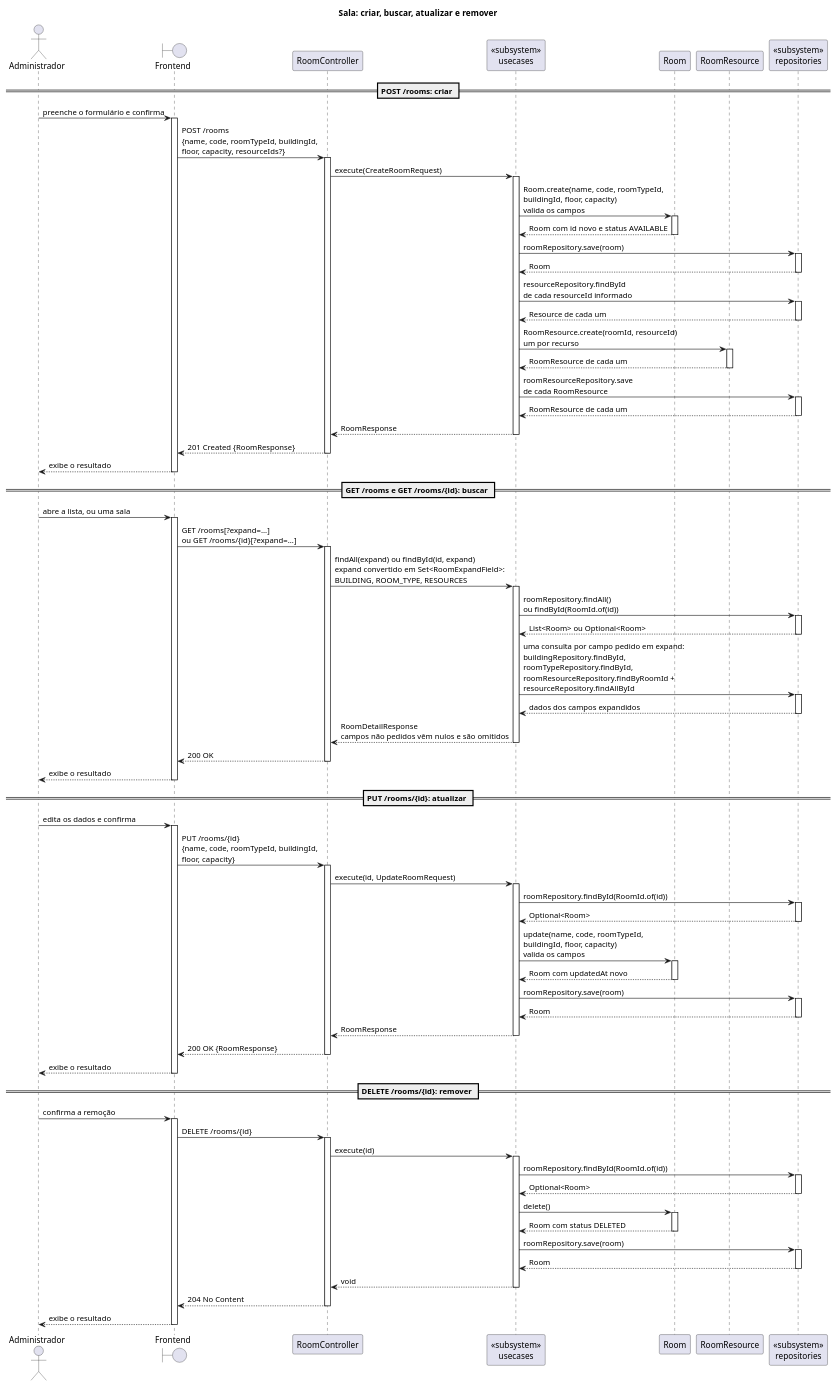
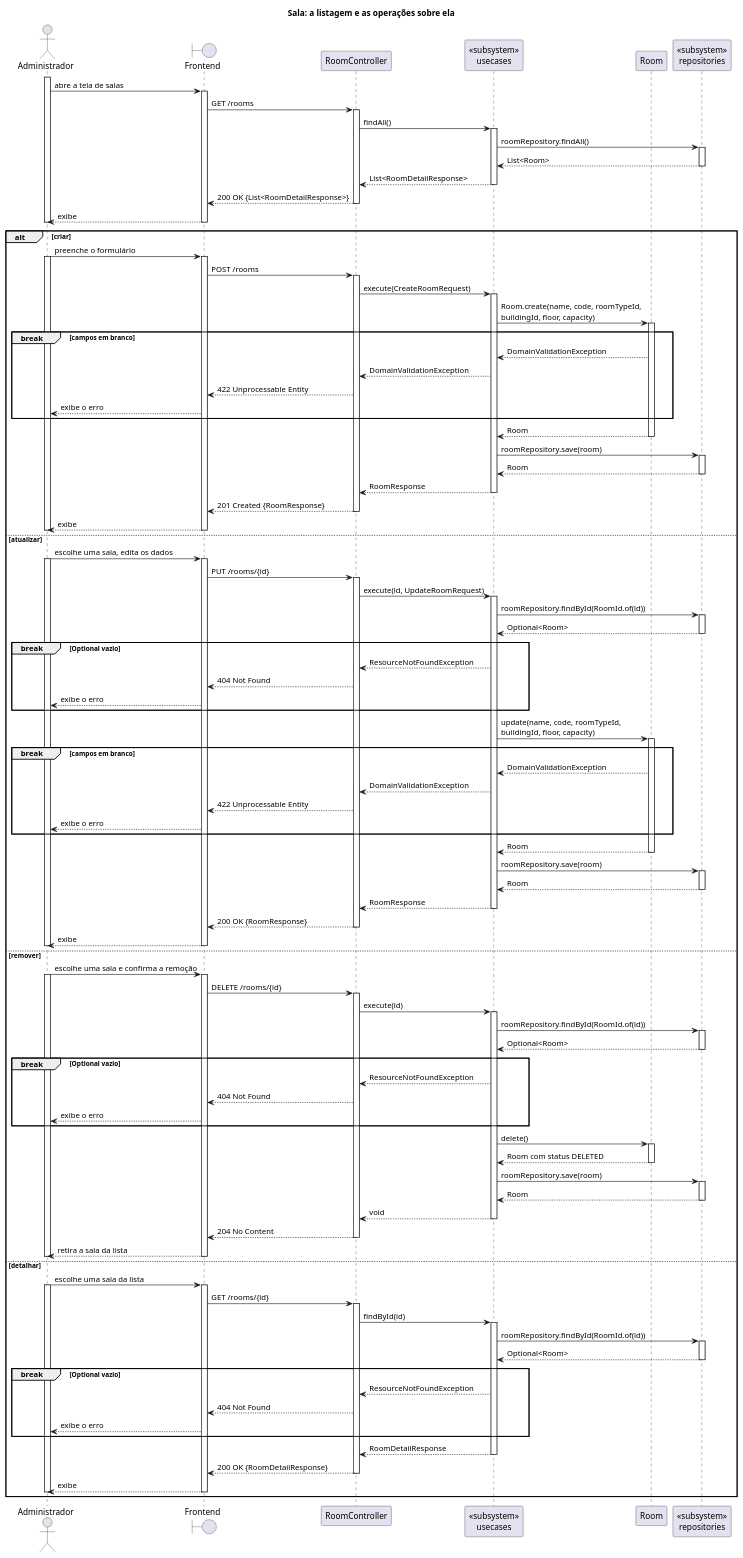
The diagram in src/plantuml/sequencia/simples/room.puml (Neoguara/rooms-diagrams), drawn with PlantUML before and after one commit. The commit also changed 6 other files, not shown here.

```diff
--- a/src/plantuml/sequencia/simples/room.puml
+++ b/src/plantuml/sequencia/simples/room.puml
@@ -2,27 +2,39 @@
 
 ' Recorte de sala do módulo room: os quatro endpoints de CRUD, no estilo simplista. Os
 ' outros dois, disponibilidade e recursos, estão em room_availability_and_resources.puml.
-' Os diagramas completos continuam em sequencia/room/, e é lá que estão os desvios.
+' Os diagramas completos continuam em sequencia/room/, e é lá que estão todos os desvios.
 '
-' Cinco cortes em relação a eles:
-'   1. Porta e implementação viram um participante só. Como este recorte fala com dois
-'      repositórios, a raia é a camada inteira, tipada como «subsystem».
-'   2. Só o caminho de sucesso. Nenhum alt: os erros (404, 422) estão nos diagramas
-'      completos, e as guardas de status estão em estado/room_status.puml.
-'   3. Nenhum loop. Onde o código repete por item, a repetição fica dita no texto da
-'      mensagem, que é o que interessa aqui.
-'   4. Nenhuma mensagem para si mesmo: fluxo interno não é troca entre participantes.
-'   5. O armazenamento não aparece. As mensagens param no participante de repositório,
+' A forma do diagrama segue o uso da tela: abrir a tela de salas lista, e a listagem é
+' obrigatória, acontece antes de tudo e não é alternativa a nada. Só depois dela o
+' administrador escolhe uma das operações, e é essa escolha que o alt representa.
+'
+' Seis cortes em relação aos diagramas completos:
+'   1. Porta e implementação viram um participante só. Como este recorte fala com mais de
+'      um repositório, a raia é a camada inteira, tipada como «subsystem».
+'   2. Os desvios são marcados com break, o fragmento que cancela o resto da interação,
+'      que é o que o throw faz: 404 nas três operações que buscam por id e 422 nas duas
+'      que validam campos, criar e atualizar. O update roda o mesmo RoomValidator do
+'      create, por isso o atualizar tem dois. O 422 do delete, que exige INACTIVE, fica
+'      em estado/room_status.puml.
+'   3. O vínculo com recursos fica de fora. O resourceIds opcional do POST /rooms grava
+'      RoomResource e pode dar 404 em recurso inexistente, mas isso é a conversa de
+'      room_availability_and_resources.puml, que tem o PUT /rooms/{id}/resources inteiro.
+'      Aqui o criar termina na sala gravada.
+'   4. O expand fica de fora. As buscas devolvem a sala; quais campos vêm expandidos é
+'      parâmetro de consulta, não troca entre camadas.
+'   5. Nenhuma mensagem para si mesmo: fluxo interno não é troca entre participantes.
+'   6. O armazenamento não aparece. As mensagens param no participante de repositório,
 '      e a consulta ou gravação fica implícita: o que importa é a conversa entre as
-'      camadas, não o SQL.
-'   5. Ativação só em trecho reto, abrindo e fechando no mesmo nível.
+'      camadas, não o SQL. Ativação só em trecho reto, abrindo e fechando no mesmo nível:
+'      as barras aninham, a do ator cobre a interação inteira, e cada camada abaixo ocupa
+'      menos tempo.
 '
 ' A camada de caso de uso é uma raia só, tipada como «subsystem». Ela não representa uma
 ' classe: representa a camada. As sete classes estão em classe/simples/room/room.puml.
 '
 ' O PATCH /rooms/{id}/status fica de fora: as transições estão em estado/room_status.puml.
 
-title Sala: criar, buscar, atualizar e remover
+title Sala: a listagem e as operações sobre ela
 
 actor "Administrador" as Ator
 boundary "Frontend" as FE
@@ -31,137 +43,180 @@
 participant "<<subsystem>>\nusecases" as UC
 
 participant "Room" as Room
-participant "RoomResource" as RR
-
 participant "<<subsystem>>\nrepositories" as Repo
 
-== POST /rooms: criar ==
-
-Ator -> FE: preenche o formulário e confirma
+activate Ator
+Ator -> FE: abre a tela de salas
 activate FE
-FE -> Ctrl: POST /rooms\n{name, code, roomTypeId, buildingId,\nfloor, capacity, resourceIds?}
+FE -> Ctrl: GET /rooms
 activate Ctrl
-Ctrl -> UC: execute(CreateRoomRequest)
+Ctrl -> UC: findAll()
 activate UC
 
-UC -> Room: Room.create(name, code, roomTypeId,\nbuildingId, floor, capacity)\nvalida os campos
-activate Room
-Room --> UC: Room com id novo e status AVAILABLE
-deactivate Room
-
-UC -> Repo: roomRepository.save(room)
+UC -> Repo: roomRepository.findAll()
 activate Repo
-Repo --> UC: Room
+Repo --> UC: List<Room>
 deactivate Repo
 
-UC -> Repo: resourceRepository.findById\nde cada resourceId informado
-activate Repo
-Repo --> UC: Resource de cada um
-deactivate Repo
+UC --> Ctrl: List<RoomDetailResponse>
+deactivate UC
+Ctrl --> FE: 200 OK {List<RoomDetailResponse>}
+deactivate Ctrl
+FE --> Ator: exibe
+deactivate FE
+deactivate Ator
 
-UC -> RR: RoomResource.create(roomId, resourceId)\num por recurso
-activate RR
-RR --> UC: RoomResource de cada um
-deactivate RR
+alt criar
 
-UC -> Repo: roomResourceRepository.save\nde cada RoomResource
-activate Repo
-Repo --> UC: RoomResource de cada um
-deactivate Repo
+  Ator -> FE: preenche o formulário
+  activate Ator
+  activate FE
+  FE -> Ctrl: POST /rooms
+  activate Ctrl
+  Ctrl -> UC: execute(CreateRoomRequest)
+  activate UC
 
-UC --> Ctrl: RoomResponse
-deactivate UC
-Ctrl --> FE: 201 Created {RoomResponse}
-deactivate Ctrl
-FE --> Ator: exibe o resultado
-deactivate FE
+  UC -> Room: Room.create(name, code, roomTypeId,\nbuildingId, floor, capacity)
+  activate Room
 
-== GET /rooms e GET /rooms/{id}: buscar ==
+  break campos em branco
+    Room --> UC: DomainValidationException
+    UC --> Ctrl: DomainValidationException
+    Ctrl --> FE: 422 Unprocessable Entity
+    FE --> Ator: exibe o erro
+  end
 
-Ator -> FE: abre a lista, ou uma sala
-activate FE
-FE -> Ctrl: GET /rooms[?expand=...]\nou GET /rooms/{id}[?expand=...]
-activate Ctrl
-Ctrl -> UC: findAll(expand) ou findById(id, expand)\nexpand convertido em Set<RoomExpandField>:\nBUILDING, ROOM_TYPE, RESOURCES
-activate UC
+  Room --> UC: Room
+  deactivate Room
 
-UC -> Repo: roomRepository.findAll()\nou findById(RoomId.of(id))
-activate Repo
-Repo --> UC: List<Room> ou Optional<Room>
-deactivate Repo
+  UC -> Repo: roomRepository.save(room)
+  activate Repo
+  Repo --> UC: Room
+  deactivate Repo
 
-UC -> Repo: uma consulta por campo pedido em expand:\nbuildingRepository.findById,\nroomTypeRepository.findById,\nroomResourceRepository.findByRoomId +\nresourceRepository.findAllById
-activate Repo
-Repo --> UC: dados dos campos expandidos
-deactivate Repo
+  UC --> Ctrl: RoomResponse
+  deactivate UC
+  Ctrl --> FE: 201 Created {RoomResponse}
+  deactivate Ctrl
+  FE --> Ator: exibe
+  deactivate FE
+  deactivate Ator
 
-UC --> Ctrl: RoomDetailResponse\ncampos não pedidos vêm nulos e são omitidos
-deactivate UC
-Ctrl --> FE: 200 OK
-deactivate Ctrl
-FE --> Ator: exibe o resultado
-deactivate FE
+else atualizar
 
-== PUT /rooms/{id}: atualizar ==
+  Ator -> FE: escolhe uma sala, edita os dados
+  activate Ator
+  activate FE
+  FE -> Ctrl: PUT /rooms/{id}
+  activate Ctrl
+  Ctrl -> UC: execute(id, UpdateRoomRequest)
+  activate UC
 
-Ator -> FE: edita os dados e confirma
-activate FE
-FE -> Ctrl: PUT /rooms/{id}\n{name, code, roomTypeId, buildingId,\nfloor, capacity}
-activate Ctrl
-Ctrl -> UC: execute(id, UpdateRoomRequest)
-activate UC
+  UC -> Repo: roomRepository.findById(RoomId.of(id))
+  activate Repo
+  Repo --> UC: Optional<Room>
+  deactivate Repo
 
-UC -> Repo: roomRepository.findById(RoomId.of(id))
-activate Repo
-Repo --> UC: Optional<Room>
-deactivate Repo
+  break Optional vazio
+    UC --> Ctrl: ResourceNotFoundException
+    Ctrl --> FE: 404 Not Found
+    FE --> Ator: exibe o erro
+  end
 
-UC -> Room: update(name, code, roomTypeId,\nbuildingId, floor, capacity)\nvalida os campos
-activate Room
-Room --> UC: Room com updatedAt novo
-deactivate Room
+  UC -> Room: update(name, code, roomTypeId,\nbuildingId, floor, capacity)
+  activate Room
 
-UC -> Repo: roomRepository.save(room)
-activate Repo
-Repo --> UC: Room
-deactivate Repo
+  break campos em branco
+    Room --> UC: DomainValidationException
+    UC --> Ctrl: DomainValidationException
+    Ctrl --> FE: 422 Unprocessable Entity
+    FE --> Ator: exibe o erro
+  end
 
-UC --> Ctrl: RoomResponse
-deactivate UC
-Ctrl --> FE: 200 OK {RoomResponse}
-deactivate Ctrl
-FE --> Ator: exibe o resultado
-deactivate FE
+  Room --> UC: Room
+  deactivate Room
 
-== DELETE /rooms/{id}: remover ==
+  UC -> Repo: roomRepository.save(room)
+  activate Repo
+  Repo --> UC: Room
+  deactivate Repo
 
-Ator -> FE: confirma a remoção
-activate FE
-FE -> Ctrl: DELETE /rooms/{id}
-activate Ctrl
-Ctrl -> UC: execute(id)
-activate UC
+  UC --> Ctrl: RoomResponse
+  deactivate UC
+  Ctrl --> FE: 200 OK {RoomResponse}
+  deactivate Ctrl
+  FE --> Ator: exibe
+  deactivate FE
+  deactivate Ator
 
-UC -> Repo: roomRepository.findById(RoomId.of(id))
-activate Repo
-Repo --> UC: Optional<Room>
-deactivate Repo
+else remover
 
-UC -> Room: delete()
-activate Room
-Room --> UC: Room com status DELETED
-deactivate Room
+  Ator -> FE: escolhe uma sala e confirma a remoção
+  activate Ator
+  activate FE
+  FE -> Ctrl: DELETE /rooms/{id}
+  activate Ctrl
+  Ctrl -> UC: execute(id)
+  activate UC
 
-UC -> Repo: roomRepository.save(room)
-activate Repo
-Repo --> UC: Room
-deactivate Repo
+  UC -> Repo: roomRepository.findById(RoomId.of(id))
+  activate Repo
+  Repo --> UC: Optional<Room>
+  deactivate Repo
 
-UC --> Ctrl: void
-deactivate UC
-Ctrl --> FE: 204 No Content
-deactivate Ctrl
-FE --> Ator: exibe o resultado
-deactivate FE
+  break Optional vazio
+    UC --> Ctrl: ResourceNotFoundException
+    Ctrl --> FE: 404 Not Found
+    FE --> Ator: exibe o erro
+  end
+
+  UC -> Room: delete()
+  activate Room
+  Room --> UC: Room com status DELETED
+  deactivate Room
+
+  UC -> Repo: roomRepository.save(room)
+  activate Repo
+  Repo --> UC: Room
+  deactivate Repo
+
+  UC --> Ctrl: void
+  deactivate UC
+  Ctrl --> FE: 204 No Content
+  deactivate Ctrl
+  FE --> Ator: retira a sala da lista
+  deactivate FE
+  deactivate Ator
+
+else detalhar
+
+  Ator -> FE: escolhe uma sala da lista
+  activate Ator
+  activate FE
+  FE -> Ctrl: GET /rooms/{id}
+  activate Ctrl
+  Ctrl -> UC: findById(id)
+  activate UC
+
+  UC -> Repo: roomRepository.findById(RoomId.of(id))
+  activate Repo
+  Repo --> UC: Optional<Room>
+  deactivate Repo
+
+  break Optional vazio
+    UC --> Ctrl: ResourceNotFoundException
+    Ctrl --> FE: 404 Not Found
+    FE --> Ator: exibe o erro
+  end
+
+  UC --> Ctrl: RoomDetailResponse
+  deactivate UC
+  Ctrl --> FE: 200 OK {RoomDetailResponse}
+  deactivate Ctrl
+  FE --> Ator: exibe
+  deactivate FE
+  deactivate Ator
+
+end
 
 @enduml
```
